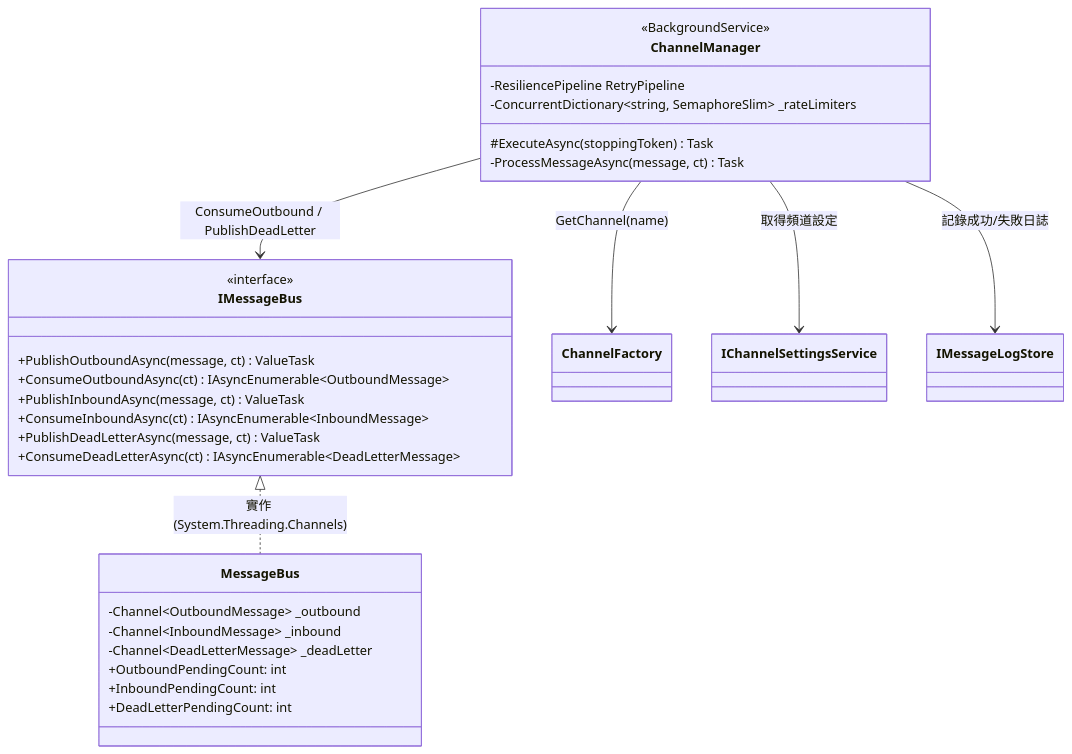
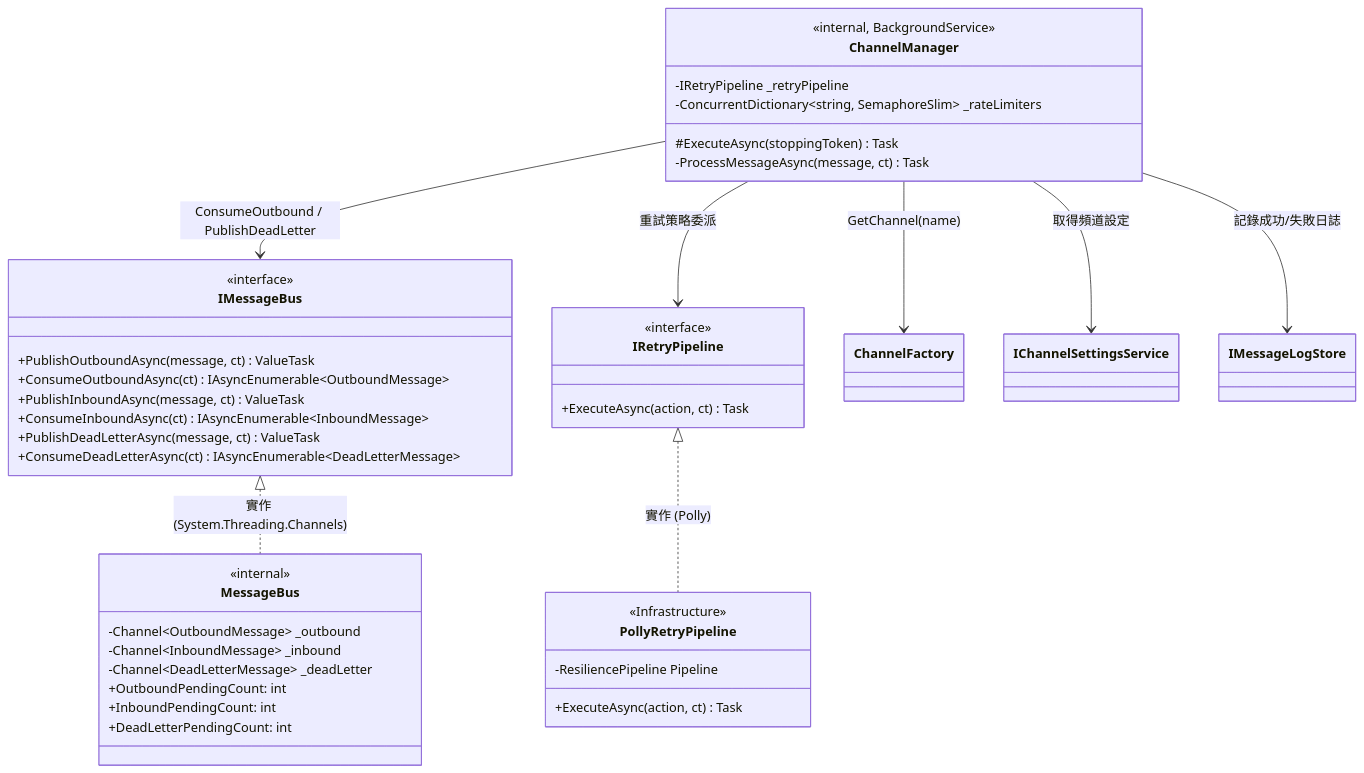
The third of 8 diagrams in docs/ARCHITECTURE_OVERVIEW.md (bruceagentadmin/MessageHub), drawn with Mermaid before and after one commit. The commit also changed other lines of this file and 15 other files, not shown here.

Commit message:
feat: Implement MessageHub core functionalities including message bus, channel management, notification service, and retry pipeline.

````diff
--- a/docs/ARCHITECTURE_OVERVIEW.md
+++ b/docs/ARCHITECTURE_OVERVIEW.md
@@ -139,38 +140,52 @@
 ```mermaid
 classDiagram
     direction TB
 
     class IMessageBus {
         <<interface>>
         +PublishOutboundAsync(message, ct) ValueTask
         +ConsumeOutboundAsync(ct) IAsyncEnumerable~OutboundMessage~
         +PublishInboundAsync(message, ct) ValueTask
         +ConsumeInboundAsync(ct) IAsyncEnumerable~InboundMessage~
         +PublishDeadLetterAsync(message, ct) ValueTask
         +ConsumeDeadLetterAsync(ct) IAsyncEnumerable~DeadLetterMessage~
     }
 
     class MessageBus {
+        <<internal>>
         -Channel~OutboundMessage~ _outbound
         -Channel~InboundMessage~ _inbound
         -Channel~DeadLetterMessage~ _deadLetter
         +OutboundPendingCount: int
         +InboundPendingCount: int
         +DeadLetterPendingCount: int
     }
 
+    class IRetryPipeline {
+        <<interface>>
+        +ExecuteAsync(action, ct) Task
+    }
+
+    class PollyRetryPipeline {
+        <<Infrastructure>>
+        -ResiliencePipeline Pipeline
+        +ExecuteAsync(action, ct) Task
+    }
+
     class ChannelManager {
-        <<BackgroundService>>
-        -ResiliencePipeline RetryPipeline
+        <<internal, BackgroundService>>
+        -IRetryPipeline _retryPipeline
         -ConcurrentDictionary~string, SemaphoreSlim~ _rateLimiters
         #ExecuteAsync(stoppingToken) Task
         -ProcessMessageAsync(message, ct) Task
     }
 
     IMessageBus <|.. MessageBus : 實作 (System.Threading.Channels)
+    IRetryPipeline <|.. PollyRetryPipeline : 實作 (Polly)
 
     ChannelManager --> IMessageBus : ConsumeOutbound / PublishDeadLetter
+    ChannelManager --> IRetryPipeline : 重試策略委派
     ChannelManager --> ChannelFactory : GetChannel(name)
     ChannelManager --> IChannelSettingsService : 取得頻道設定
     ChannelManager --> IMessageLogStore : 記錄成功/失敗日誌
 ```
````
